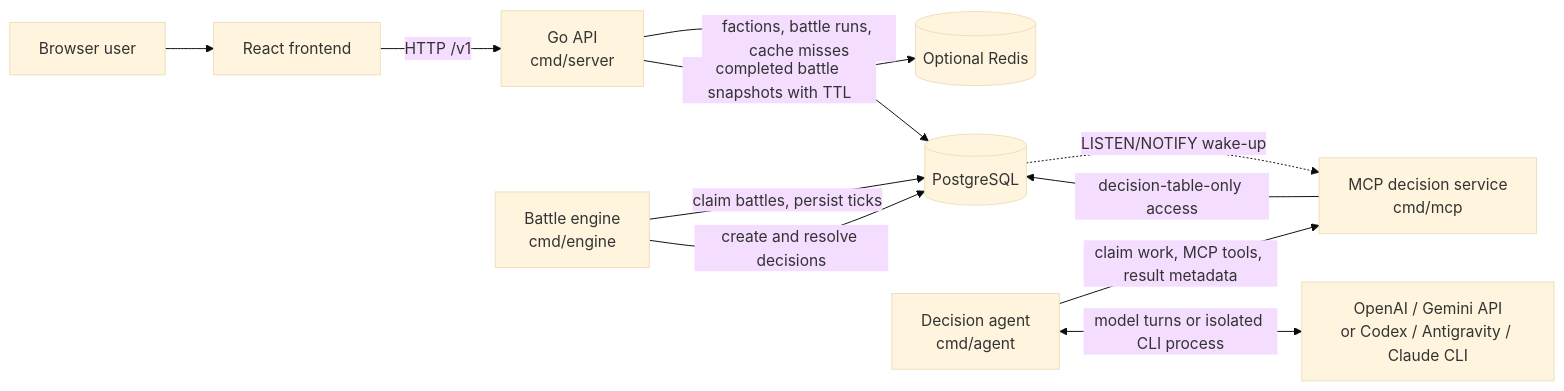
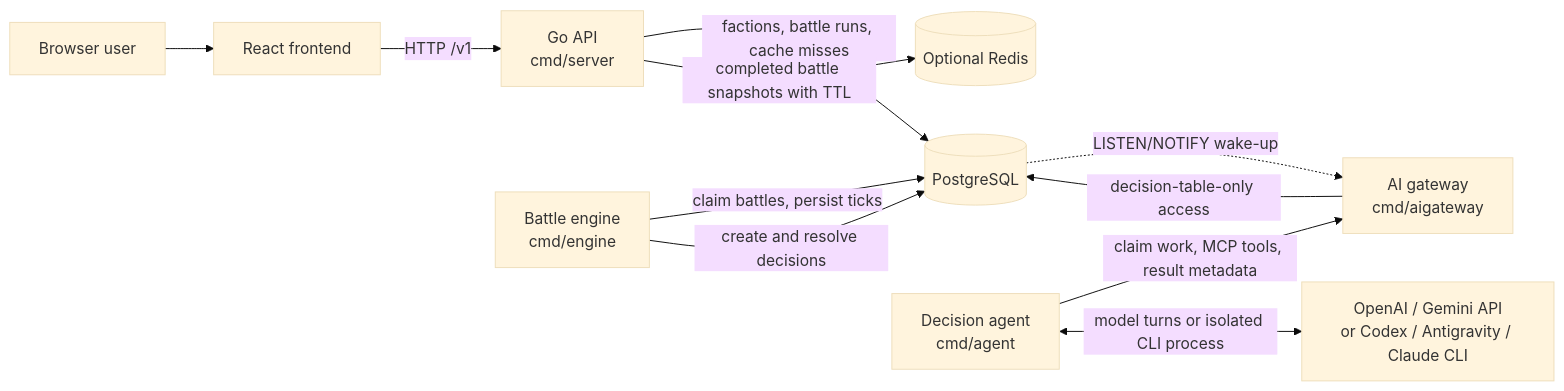
The first of 4 diagrams in docs/architecture/system-architecture.md (twhAuto/autonomous_battlefield), drawn with Mermaid (base theme) before and after one commit. The commit also changed other lines of this file and 62 other files, not shown here.

First line of the commit message:
refactor: rename the MCP service to the AI gateway

````diff
--- a/docs/architecture/system-architecture.md
+++ b/docs/architecture/system-architecture.md
@@ -32,23 +32,23 @@
 ```mermaid
 flowchart LR
     User[Browser user]
     UI[React frontend]
     API[Go API<br/>cmd/server]
     Engine[Battle engine<br/>cmd/engine]
     DB[(PostgreSQL)]
     Cache[(Optional Redis)]
-    MCP[MCP decision service<br/>cmd/mcp]
+    Gateway[AI gateway<br/>cmd/aigateway]
     Agent[Decision agent<br/>cmd/agent]
     Provider[OpenAI / Gemini API<br/>or Codex / Antigravity / Claude CLI]
 
     User --> UI
     UI -->|HTTP /v1| API
     API -->|factions, battle runs, cache misses| DB
     API -->|completed battle snapshots with TTL| Cache
     Engine -->|claim battles, persist ticks| DB
     Engine -->|create and resolve decisions| DB
-    DB -.->|LISTEN/NOTIFY wake-up| MCP
-    Agent -->|claim work, MCP tools, result metadata| MCP
+    DB -.->|LISTEN/NOTIFY wake-up| Gateway
+    Agent -->|claim work, MCP tools, result metadata| Gateway
     Agent <-->|model turns or isolated CLI process| Provider
-    MCP -->|decision-table-only access| DB
+    Gateway -->|decision-table-only access| DB
 ```
````
